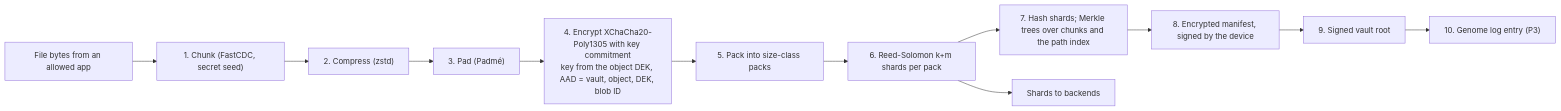
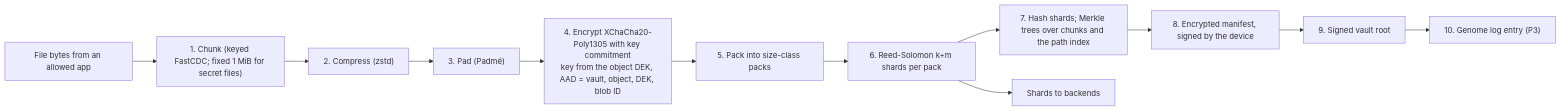
One commit to thearpankumar/CryptHix changed the second of 11 diagrams in docs/project-vision.md. Above: the diagram before and after it, drawn with Mermaid. The commit also changed other lines of this file and 5 other files, not shown here.

````diff
--- a/docs/project-vision.md
+++ b/docs/project-vision.md
@@ -181,14 +181,14 @@
 ```mermaid
 flowchart LR
-    F["File bytes from an allowed app"] --> C["1. Chunk (FastCDC, secret seed)"]
+    F["File bytes from an allowed app"] --> C["1. Chunk (keyed FastCDC; fixed 1 MiB for secret files)"]
     C --> Z["2. Compress (zstd)"]
     Z --> P["3. Pad (Padmé)"]
     P --> E["4. Encrypt XChaCha20-Poly1305 with key commitment<br/>key from the object DEK, AAD = vault, object, DEK, blob ID"]
     E --> K["5. Pack into size-class packs"]
     K --> R["6. Reed-Solomon k+m shards per pack"]
     R --> H["7. Hash shards; Merkle trees over chunks and the path index"]
     H --> M["8. Encrypted manifest, signed by the device"]
     M --> V["9. Signed vault root"]
     V --> L["10. Genome log entry (P3)"]
     R --> S["Shards to backends"]
 ```
````
